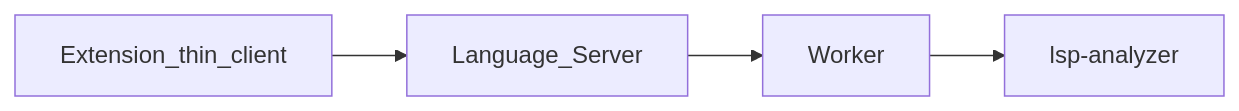
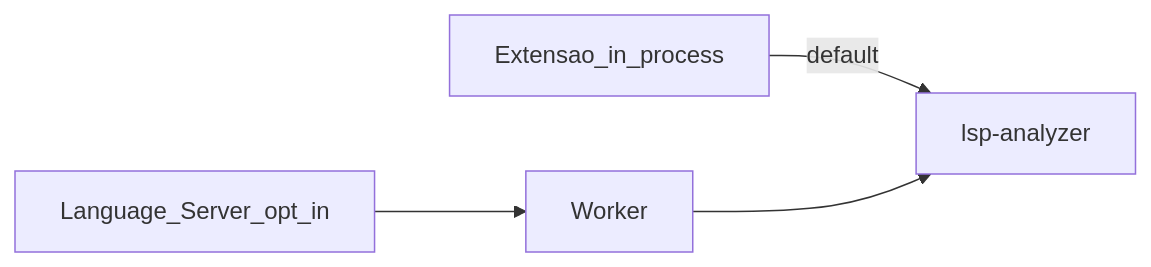
The second of 2 diagrams in docs/product/architecture/ARCHITECTURE.md (brunoleocam/lsp-workbench), drawn with Mermaid before and after one commit. The commit also changed other lines of this file and 31 other files, not shown here.

````diff
--- a/docs/product/architecture/ARCHITECTURE.md
+++ b/docs/product/architecture/ARCHITECTURE.md
@@ -42,10 +49,10 @@
 ```mermaid
 flowchart LR
-  Ext2[Extension_thin_client]
-  LS[Language_Server]
+  Ext[Extensao_in_process]
+  A[lsp-analyzer]
+  LS[Language_Server_opt_in]
   W[Worker]
-  A[lsp-analyzer]
-  Ext2 --> LS
+  Ext -->|default| A
   LS --> W
   W --> A
 ```
````
